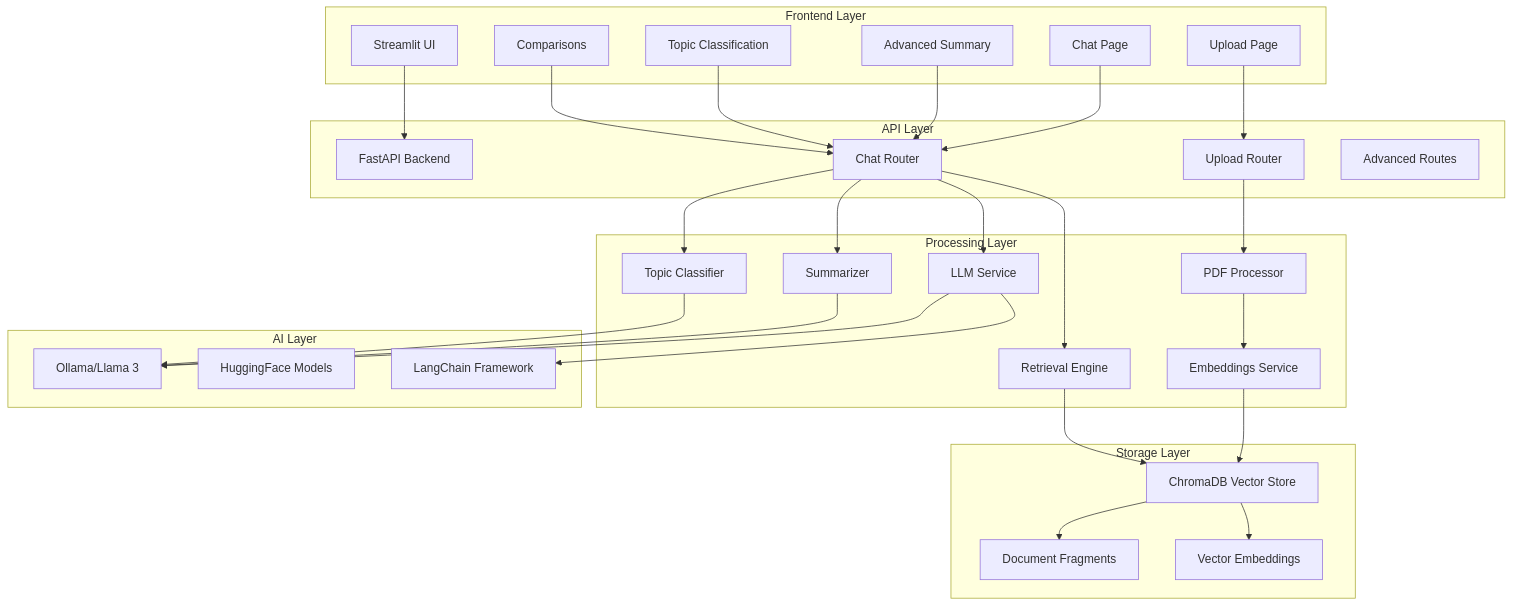
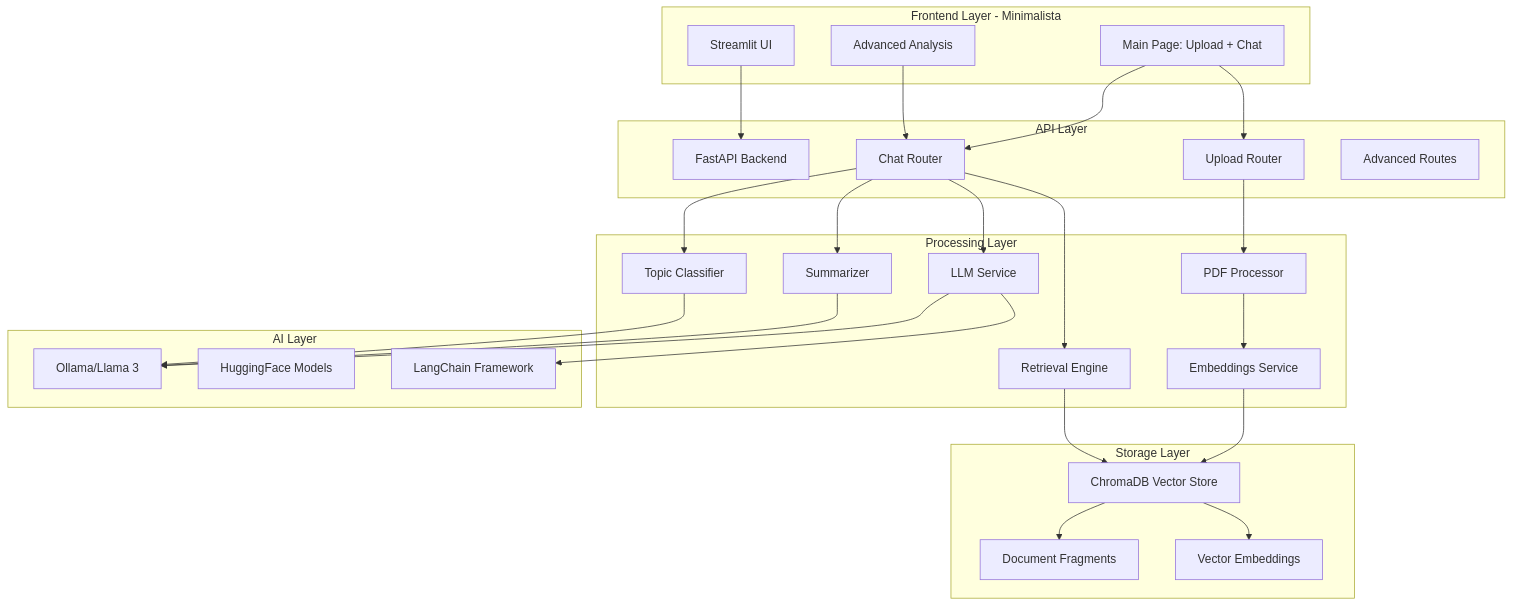
One commit to Cristian-Soto/copiloto-conversacional changed the first of 3 diagrams in README.md. Above: the diagram before and after it, drawn with Mermaid. The commit also changed other lines of this file and 18 other files, not shown here.

````diff
--- a/README.md
+++ b/README.md
@@ -7,64 +23,59 @@
 ```mermaid
 graph TB
-    subgraph "Frontend Layer"
+    subgraph "Frontend Layer - Minimalista"
         ST[Streamlit UI]
-        UP[Upload Page]
-        CH[Chat Page]
-        AS[Advanced Summary]
-        TC[Topic Classification]
-        CP[Comparisons]
+        MP[Main Page: Upload + Chat]
+        AP[Advanced Analysis]
     end
     
     subgraph "API Layer"
         FA[FastAPI Backend]
         UR[Upload Router]
         CR[Chat Router]
         AR[Advanced Routes]
     end
     
     subgraph "Processing Layer"
         PDF[PDF Processor]
         EMB[Embeddings Service]
         LLM[LLM Service]
         SUM[Summarizer]
         CLS[Topic Classifier]
         RET[Retrieval Engine]
     end
     
     subgraph "Storage Layer"
         CHR[ChromaDB Vector Store]
         DOC[Document Fragments]
         VEC[Vector Embeddings]
     end
     
     subgraph "AI Layer"
         OLL[Ollama/Llama 3]
         HF[HuggingFace Models]
         LC[LangChain Framework]
     end
     
     ST --> FA
-    UP --> UR
-    CH --> CR
-    AS --> CR
-    TC --> CR
-    CP --> CR
+    MP --> UR
+    MP --> CR
+    AP --> CR
     
     UR --> PDF
     CR --> LLM
     CR --> SUM
     CR --> CLS
     CR --> RET
     
     PDF --> EMB
     EMB --> CHR
     RET --> CHR
     
     LLM --> OLL
     LLM --> LC
     SUM --> OLL
     CLS --> OLL
     
     CHR --> DOC
     CHR --> VEC
 ```
````
